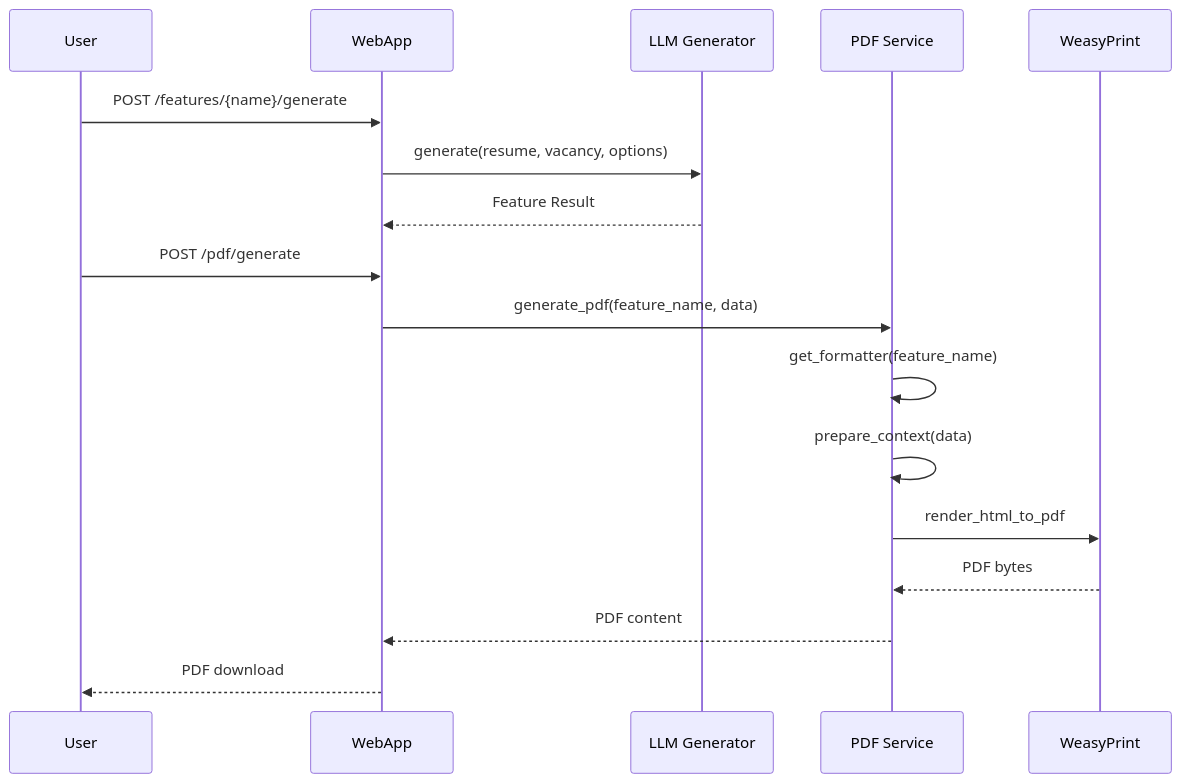
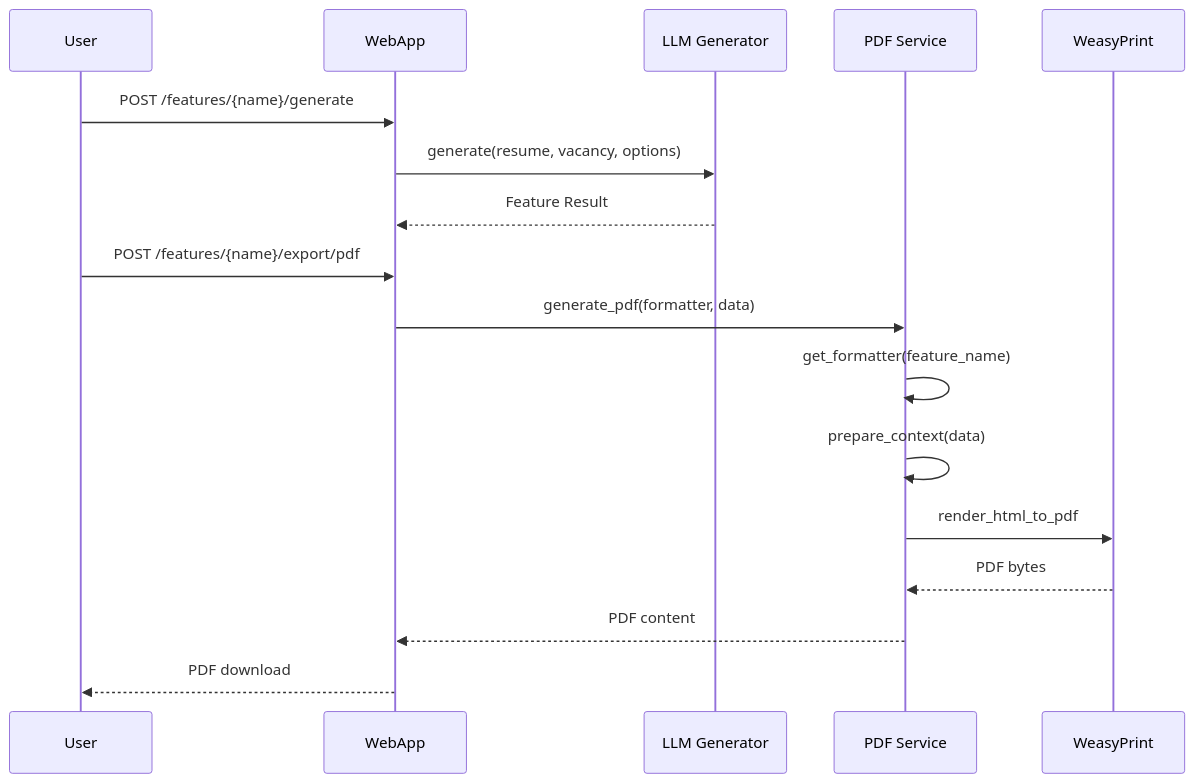
Before and after one commit to Maskedxxx/refactor_gpt_4_mini_hackaton_final: the second of 2 diagrams in docs/architecture/components/pdf_export.md, drawn with Mermaid. The commit also changed other lines of this file and 9 other files, not shown here.

Commit message:
docs: align PDF export API to /features/{feature_name}/export/pdf across docs; add CLI for user scenarios (src/cli) and README section; update architecture docs (overview, webapp, pdf_export, llm_* components, cli). Branch: codex/cli-scenarios-initial

````diff
--- a/docs/architecture/components/pdf_export.md
+++ b/docs/architecture/components/pdf_export.md
@@ -275,21 +273,21 @@
 ```mermaid
 sequenceDiagram
     participant User
     participant WebApp
     participant LLMGen as LLM Generator
     participant PDFService as PDF Service
     participant WeasyPrint
 
     User->>WebApp: POST /features/{name}/generate
     WebApp->>LLMGen: generate(resume, vacancy, options)
     LLMGen-->>WebApp: Feature Result
     
-    User->>WebApp: POST /pdf/generate
-    WebApp->>PDFService: generate_pdf(feature_name, data)
+    User->>WebApp: POST /features/{name}/export/pdf
+    WebApp->>PDFService: generate_pdf(formatter, data)
     PDFService->>PDFService: get_formatter(feature_name)
     PDFService->>PDFService: prepare_context(data)
     PDFService->>WeasyPrint: render_html_to_pdf
     WeasyPrint-->>PDFService: PDF bytes
     PDFService-->>WebApp: PDF content
     WebApp-->>User: PDF download
 ```
````
